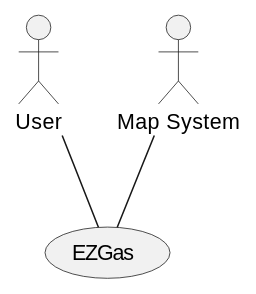
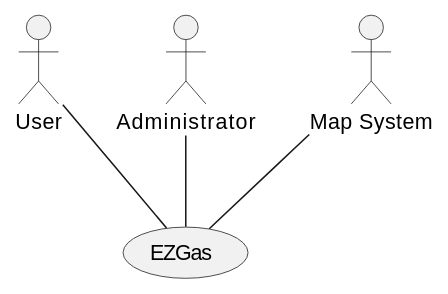
The first of 3 diagrams in REQ_s269095.md (SoftengPoliTo/Lab2), drawn with PlantUML before and after one commit. The commit also changed other lines of this file, not shown here.

Commit message:
Add administrator use case

````diff
--- a/REQ_s269095.md
+++ b/REQ_s269095.md
@@ -23,6 +23,8 @@
 ```plantuml
 actor User as U
+actor Administrator as A
 actor "Map System" as M
 U -- (EZGas)
+A -- (EZGas)
 M -- (EZGas)
 ```
````
